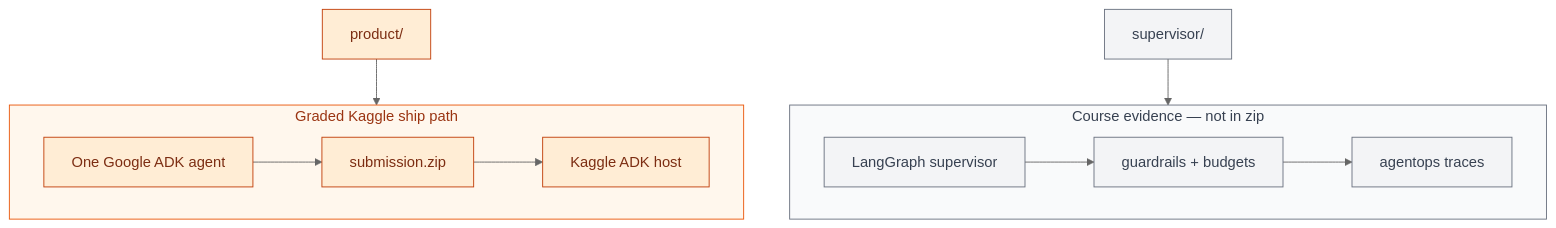
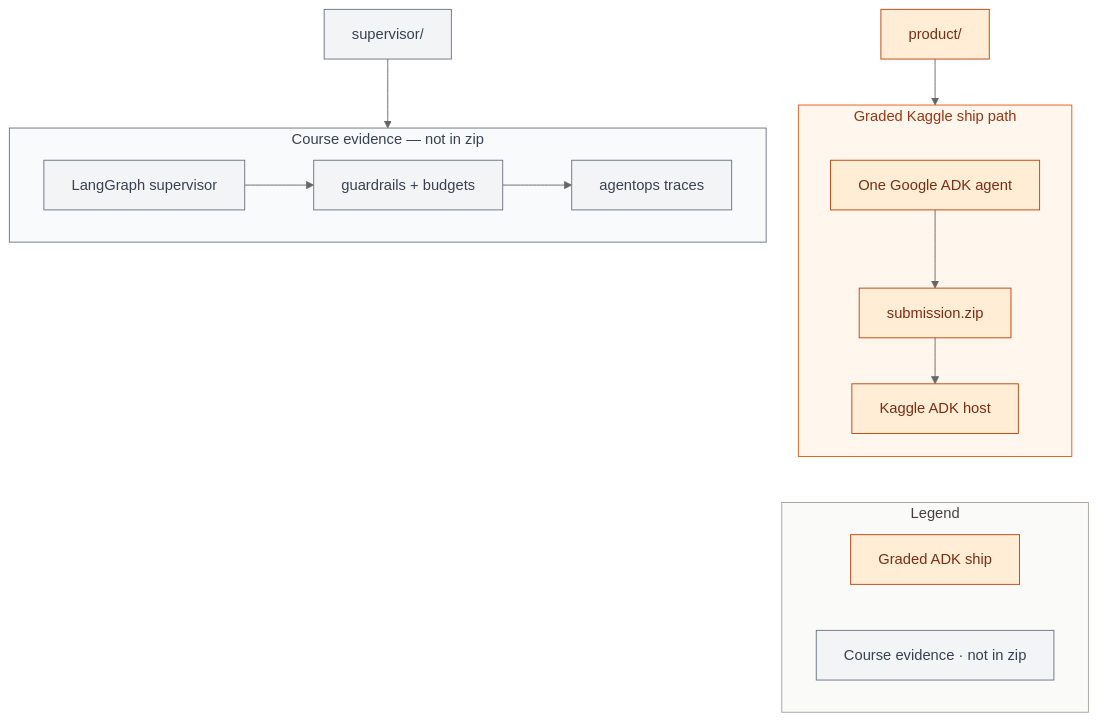
The first of 2 diagrams in docs/wiki/Requirements-Compliance.md (khaosans/noisegate-gemma4-factory), drawn with Mermaid (neutral theme) before and after one commit. The commit also changed other lines of this file and 4 other files, not shown here.

First line of the commit message:
docs: move Mermaid color legends into diagram subgraphs

````diff
--- a/docs/wiki/Requirements-Compliance.md
+++ b/docs/wiki/Requirements-Compliance.md
@@ -41,24 +41,32 @@
 ```mermaid
 flowchart TB
   subgraph Ship["Graded Kaggle ship path"]
     ADK[One Google ADK agent] --> Zip[submission.zip]
     Zip --> Host[Kaggle ADK host]
   end
 
   subgraph Course["Course evidence — not in zip"]
     LG[LangGraph supervisor]
     GR[guardrails + budgets]
     AO[agentops traces]
     LG --> GR --> AO
   end
 
   ProductCfg[product/] --> Ship
   Supervisor[supervisor/] --> Course
 
+  subgraph Legend["Legend"]
+    direction LR
+    LegP[Graded ADK ship]
+    LegC[Course evidence · not in zip]
+  end
+  Host ~~~ LegP
+
   classDef product fill:#FFEDD5,stroke:#C2410C,color:#7C2D12
   classDef course fill:#F3F4F6,stroke:#6B7280,color:#374151
-  class ADK,Zip,Host,ProductCfg product
-  class LG,GR,AO,Supervisor course
+  class ADK,Zip,Host,ProductCfg,LegP product
+  class LG,GR,AO,Supervisor,LegC course
   style Ship fill:#FFF7ED,stroke:#EA580C,color:#9A3412
   style Course fill:#F9FAFB,stroke:#6B7280,color:#374151
+  style Legend fill:#FAFAF9,stroke:#A8A29E,color:#44403C
 ```
````
